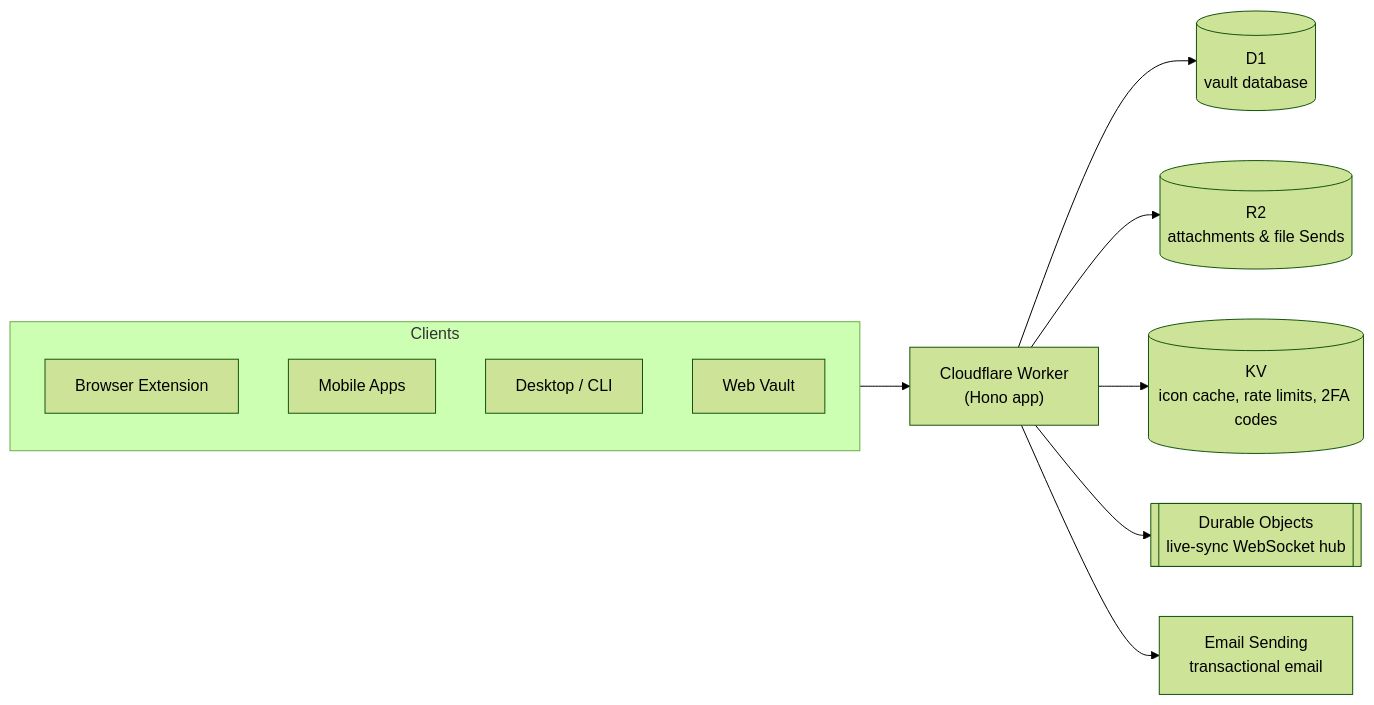
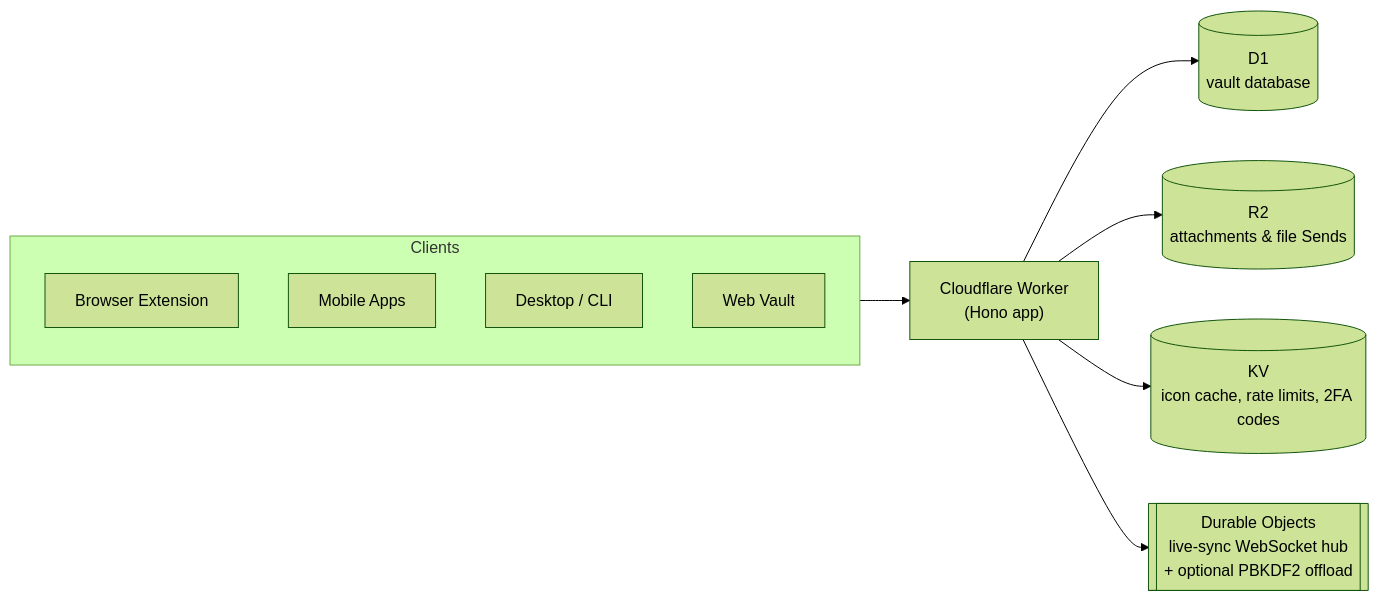
Before and after one commit to nommyt/vaultur: the diagram in README.md, drawn with Mermaid (forest theme). The commit also changed other lines of this file and 17 other files, not shown here.

First line of the commit message:
Fix PBKDF2 100k production cap: @noble/hashes + optional DO offload

````diff
--- a/README.md
+++ b/README.md
@@ -51,17 +51,16 @@
 ```mermaid
 flowchart LR
     subgraph Clients
         A[Browser Extension]
         B[Mobile Apps]
         C[Desktop / CLI]
         D[Web Vault]
     end
 
     Clients --> W["Cloudflare Worker<br/>(Hono app)"]
 
     W --> D1[("D1<br/>vault database")]
     W --> R2[("R2<br/>attachments & file Sends")]
     W --> KV[("KV<br/>icon cache, rate limits, 2FA codes")]
-    W --> DO[["Durable Objects<br/>live-sync WebSocket hub"]]
-    W --> EM["Email Sending<br/>transactional email"]
+    W --> DO[["Durable Objects<br/>live-sync WebSocket hub<br/>+ optional PBKDF2 offload"]]
 ```
````
